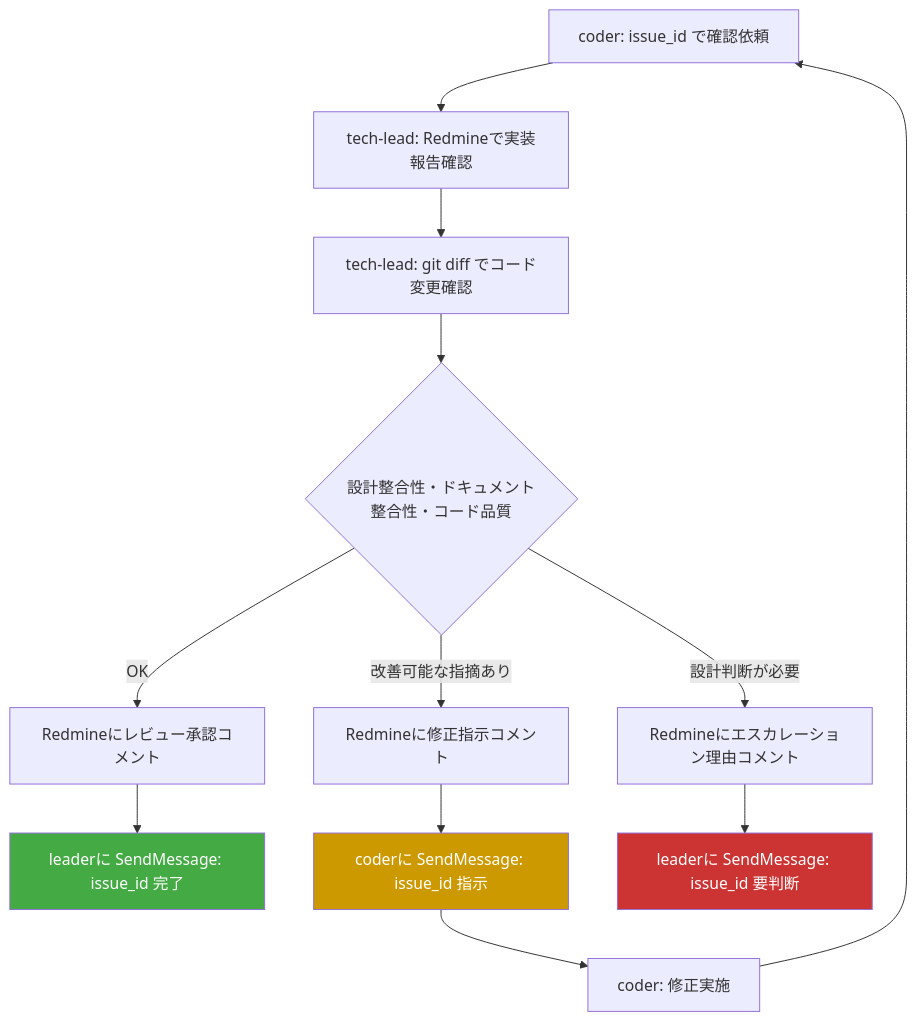
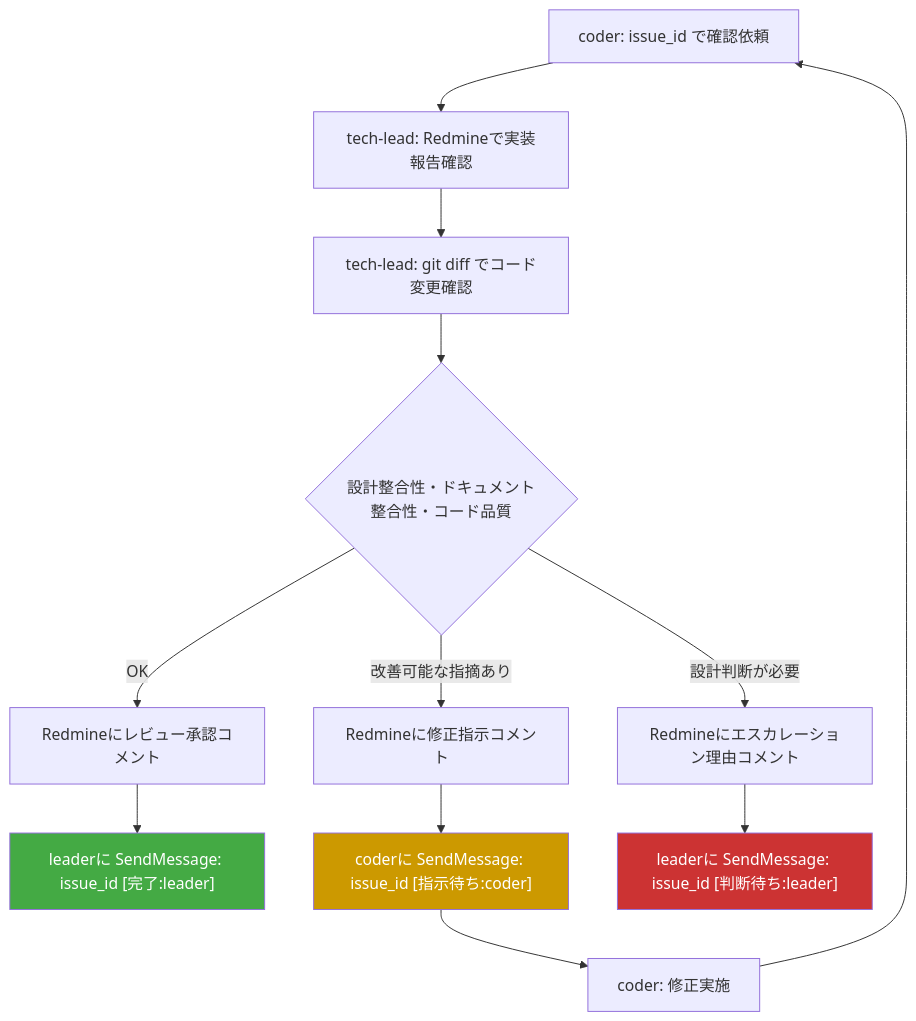
The first of 3 diagrams in packages/claude-nagger/vibes/docs/rules/tasuki_workflow.md (hollySizzle/claude-nagger), drawn with Mermaid before and after one commit. The commit also changed other lines of this file and 3 other files, not shown here.

````diff
--- a/packages/claude-nagger/vibes/docs/rules/tasuki_workflow.md
+++ b/packages/claude-nagger/vibes/docs/rules/tasuki_workflow.md
@@ -5,18 +5,18 @@
 ```mermaid
 flowchart TD
     A[coder: issue_id で確認依頼] --> B[tech-lead: Redmineで実装報告確認]
     B --> C[tech-lead: git diff でコード変更確認]
     C --> D{設計整合性・ドキュメント整合性・コード品質}
     D -->|OK| E[Redmineにレビュー承認コメント]
-    E --> F["leaderに SendMessage: issue_id 完了"]
+    E --> F["leaderに SendMessage: issue_id [完了:leader]"]
     D -->|改善可能な指摘あり| G[Redmineに修正指示コメント]
-    G --> H["coderに SendMessage: issue_id 指示"]
+    G --> H["coderに SendMessage: issue_id [指示待ち:coder]"]
     H --> I[coder: 修正実施]
     I --> A
     D -->|設計判断が必要| J[Redmineにエスカレーション理由コメント]
-    J --> K["leaderに SendMessage: issue_id 要判断"]
+    J --> K["leaderに SendMessage: issue_id [判断待ち:leader]"]
 
     style F fill:#4a4,color:#fff
     style H fill:#c90,color:#fff
     style K fill:#c33,color:#fff
 ```
````
